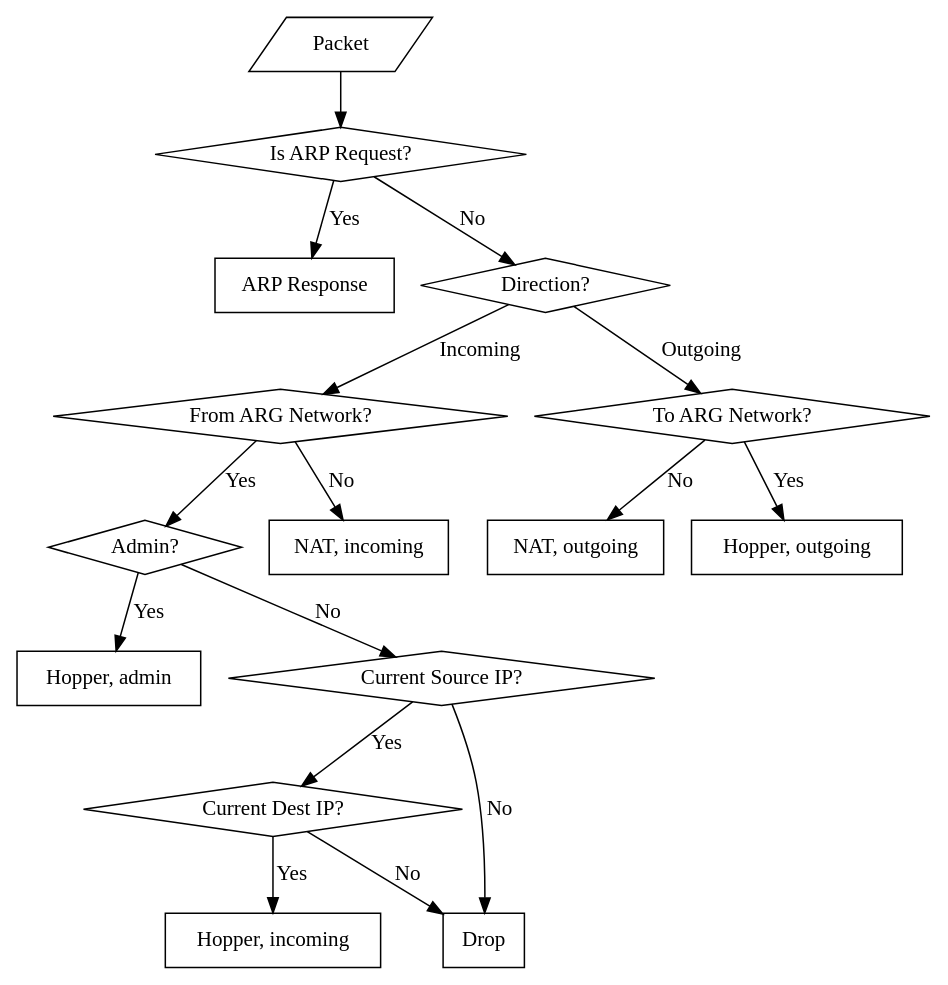
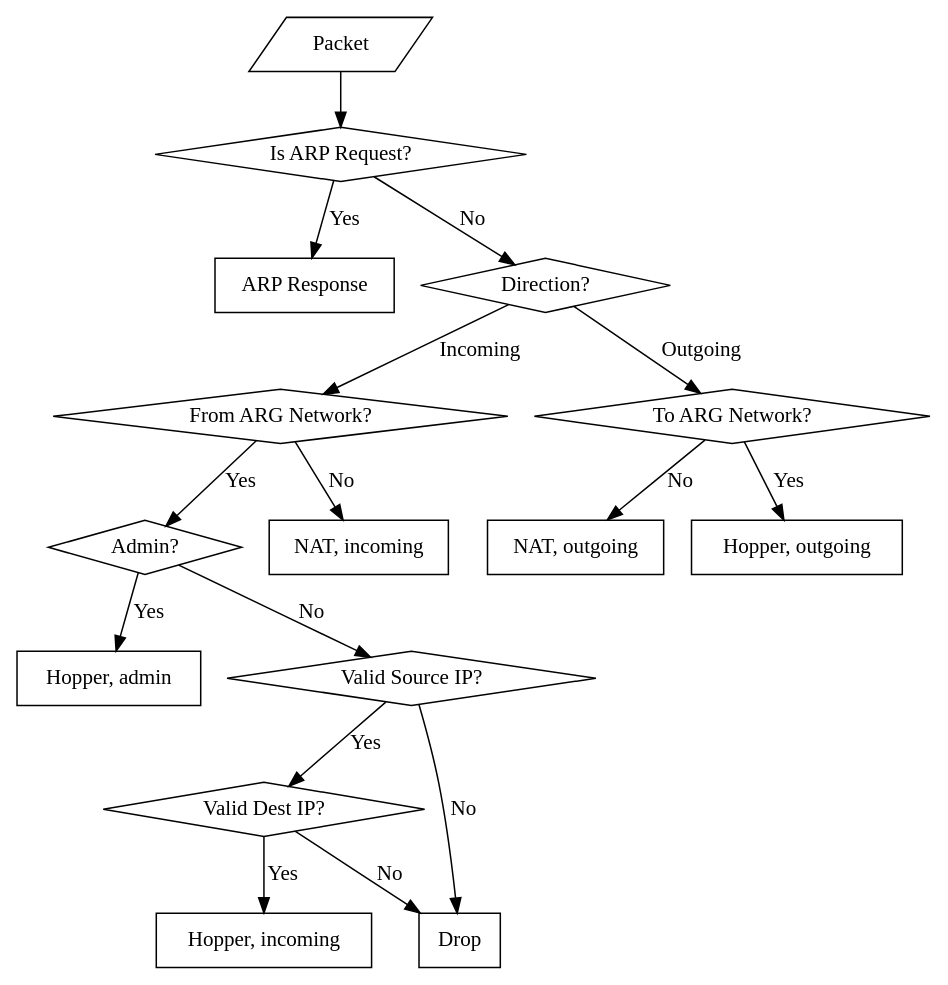
Before and after one commit to traherom/arg_thesis: the diagram in diagrams/flow_director.dot, drawn with Graphviz. The commit also changed 5 other files, not shown here.

Commit message:
Absract cleaned up, diagram for latency/hop interaction

```diff
--- a/diagrams/flow_director.dot
+++ b/diagrams/flow_director.dot
@@ -1,48 +1,48 @@
 digraph G {
 	margin=0;
 	is_arp [label="Is ARP Request?", shape="diamond"]
 	packet [label="Packet", shape="parallelogram"]
 
 	packet -> is_arp
 
 	arp_resp [label="ARP Response", shape="rectangle"]
 	direction [label="Direction?", shape="diamond"]
 
 	is_arp -> arp_resp [label="Yes"]
 	is_arp -> direction [label="No"]
 
 	from_arg [label="From ARG Network?", shape="diamond"]
 	to_arg [label="To ARG Network?", shape="diamond"]
 
 	direction -> from_arg [label="Incoming"]
 	direction -> to_arg [label="Outgoing"]
 
 	admin [label="Admin?", shape="diamond"]
 	nat_in [label="NAT, incoming", shape="rectangle"]
 
 	from_arg -> admin [label="Yes"]
 	from_arg -> nat_in [label="No"]
 
 	hop_adm [label="Hopper, admin", shape="rectangle"]
-	src_ip [label="Current Source IP?", shape="diamond"]
-	dest_ip [label="Current Dest IP?", shape="diamond"]
+	src_ip [label="Valid Source IP?", shape="diamond"]
+	dest_ip [label="Valid Dest IP?", shape="diamond"]
 
 	admin -> hop_adm [label="Yes"]
 	admin -> src_ip [label="No"]
 
 	reject [label="Drop", shape="rectangle"]
 
 	src_ip -> dest_ip [label="Yes"]
 	src_ip -> reject [label="No"]
 
 	hop_in [label="Hopper, incoming", shape="rectangle"]
 
 	dest_ip -> hop_in [label="Yes"]
 	dest_ip -> reject [label="No"]
 
 	nat_out [label="NAT, outgoing", shape="rectangle"]
 	hop_out [label="Hopper, outgoing", shape="rectangle"]
 
 	to_arg -> hop_out [label="Yes"]
 	to_arg -> nat_out [label="No"]
 }
```
